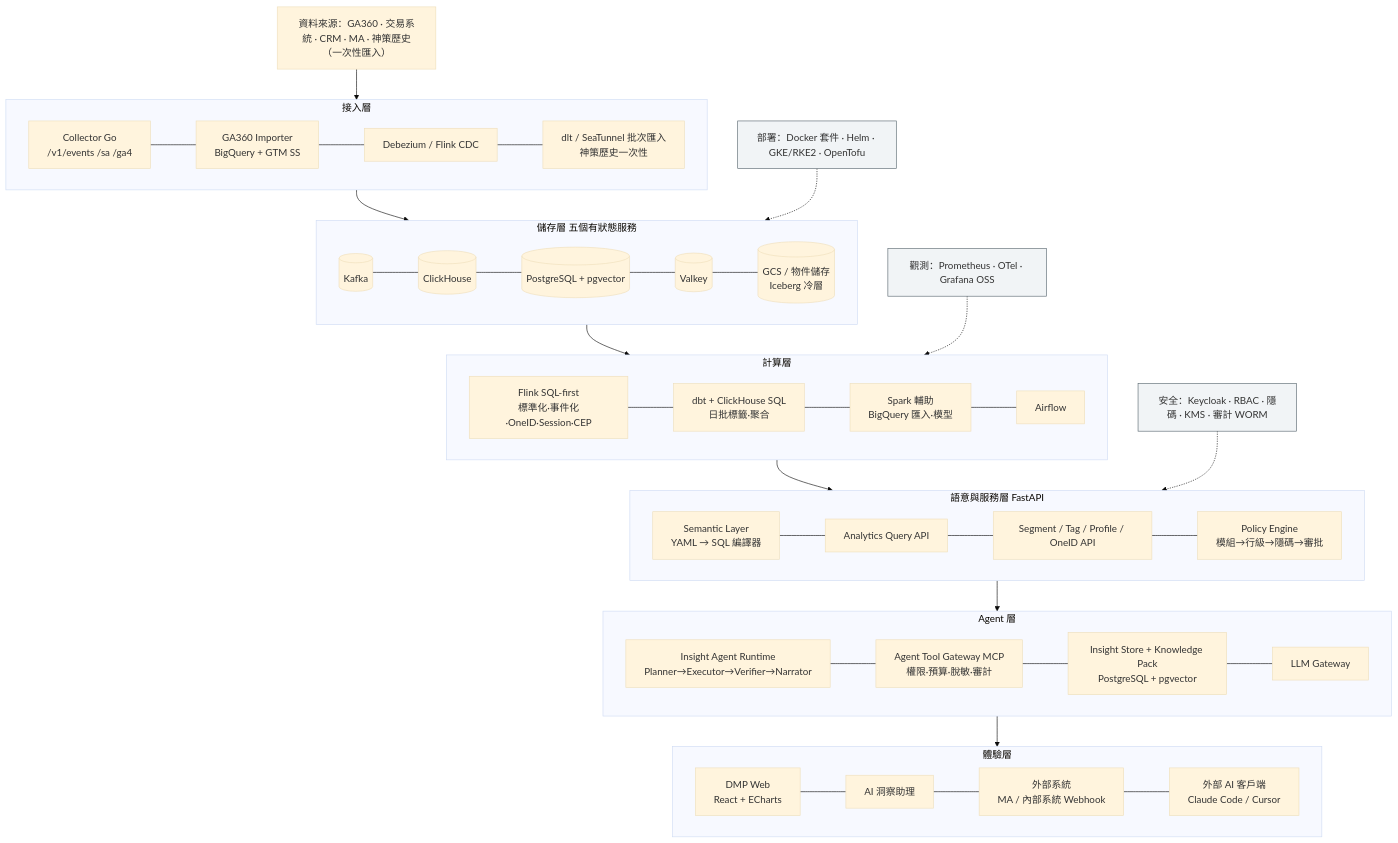
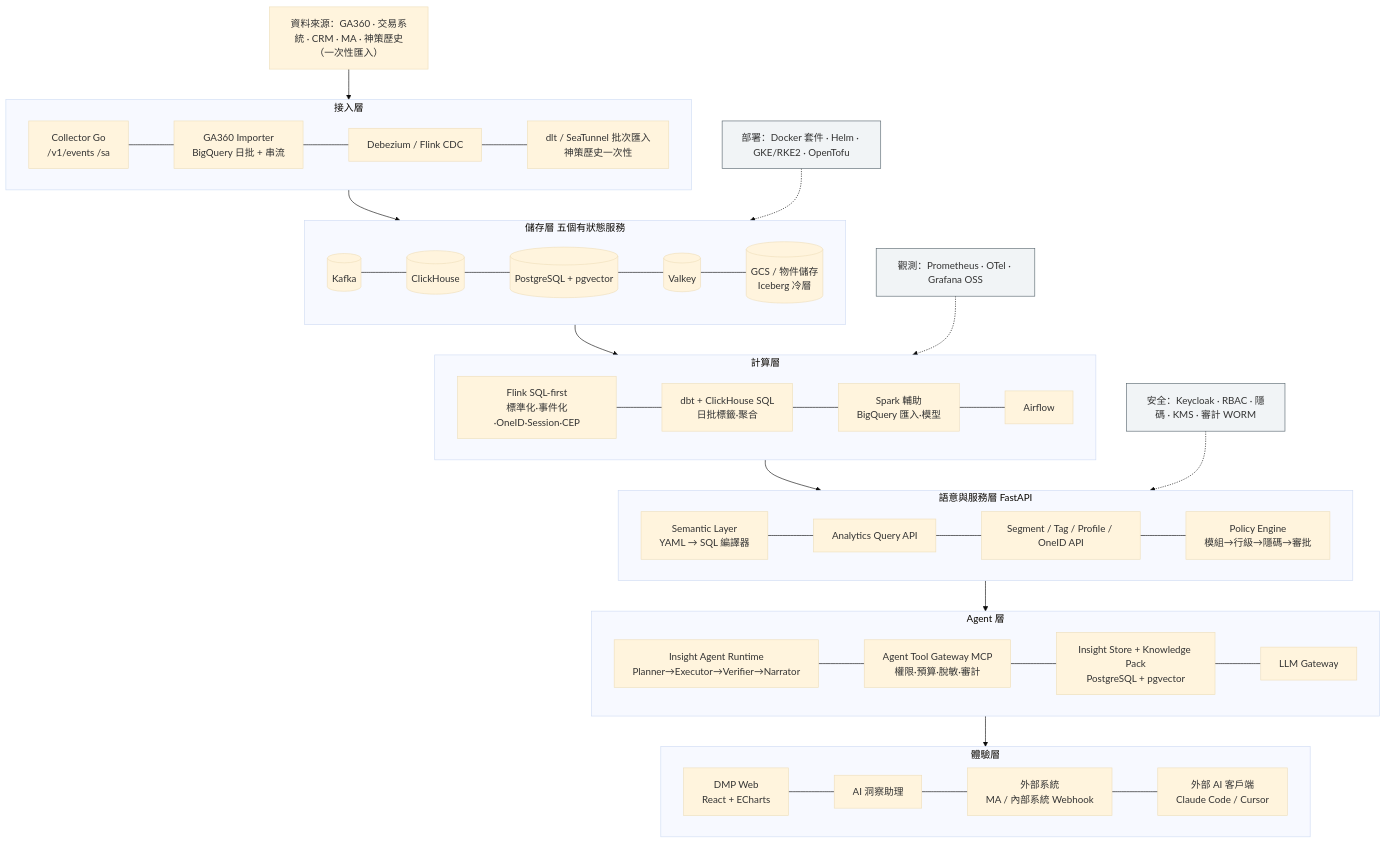
One commit to ALTA-TECH2025/altatech-dmp changed the first of 3 diagrams in docs/12-architecture-diagrams.md. Above: the diagram before and after it, drawn with Mermaid (base theme). The commit also changed other lines of this file and 50 other files, not shown here.

````diff
--- a/docs/12-architecture-diagrams.md
+++ b/docs/12-architecture-diagrams.md
@@ -39,26 +39,26 @@
 ```mermaid
 flowchart TB
   subgraph EXP[體驗層]
     WEB[DMP Web<br/>React + ECharts] --- AIUI[AI 洞察助理] --- EXT[外部系統<br/>MA / 內部系統 Webhook] --- MCPC[外部 AI 客戶端<br/>Claude Code / Cursor]
   end
   subgraph AGENT[Agent 層]
     RT[Insight Agent Runtime<br/>Planner→Executor→Verifier→Narrator] --- GW[Agent Tool Gateway MCP<br/>權限·預算·脫敏·審計] --- IS[Insight Store + Knowledge Pack<br/>PostgreSQL + pgvector] --- LLM[LLM Gateway]
   end
   subgraph SVC[語意與服務層 FastAPI]
     SEM[Semantic Layer<br/>YAML → SQL 編譯器] --- AQ[Analytics Query API] --- SG[Segment / Tag / Profile / OneID API] --- PE[Policy Engine<br/>模組→行級→隱碼→審批]
   end
   subgraph CMP[計算層]
     FL[Flink SQL-first<br/>標準化·事件化·OneID·Session·CEP] --- DBT[dbt + ClickHouse SQL<br/>日批標籤·聚合] --- SP[Spark 輔助<br/>BigQuery 匯入·模型] --- AF[Airflow]
   end
   subgraph STO[儲存層 五個有狀態服務]
     KF[(Kafka)] --- CH[(ClickHouse)] --- PG[(PostgreSQL + pgvector)] --- VK[(Valkey)] --- OBJ[(GCS / 物件儲存<br/>Iceberg 冷層)]
   end
   subgraph ING[接入層]
-    COL[Collector Go<br/>/v1/events /sa /ga4] --- GA[GA360 Importer<br/>BigQuery + GTM SS] --- CDC[Debezium / Flink CDC] --- BAT[dlt / SeaTunnel 批次匯入<br/>神策歷史一次性]
+    COL[Collector Go<br/>/v1/events /sa] --- GA[GA360 Importer<br/>BigQuery 日批 + 串流] --- CDC[Debezium / Flink CDC] --- BAT[dlt / SeaTunnel 批次匯入<br/>神策歷史一次性]
   end
   SRC[資料來源：GA360 · 交易系統 · CRM · MA · 神策歷史（一次性匯入）] --> ING --> STO --> CMP --> SVC --> AGENT --> EXP
   SEC[安全：Keycloak · RBAC · 隱碼 · KMS · 審計 WORM]:::x -.-> SVC
   OBS[觀測：Prometheus · OTel · Grafana OSS]:::x -.-> CMP
   DEP[部署：Docker 套件 · Helm · GKE/RKE2 · OpenTofu]:::x -.-> STO
   classDef x fill:#F1F4F6,stroke:#56646D
 ```
````
